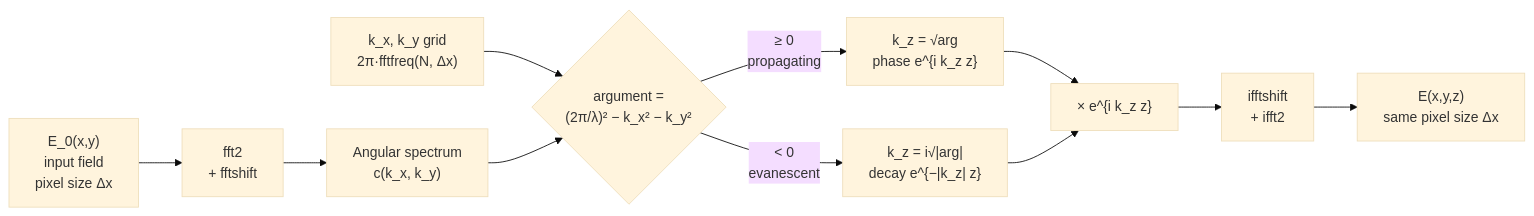
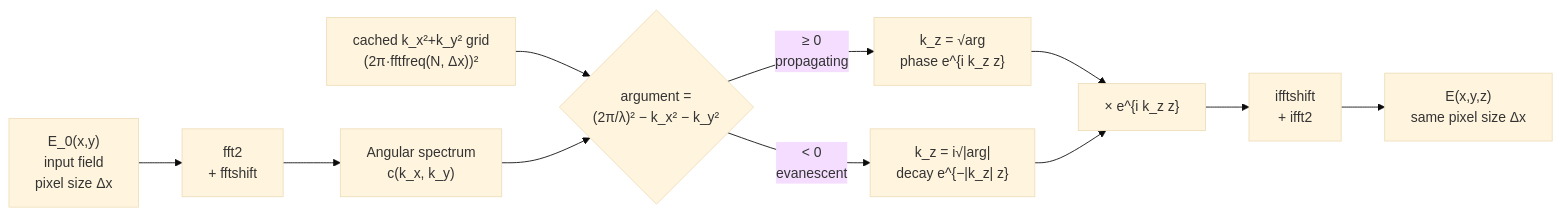
The first of 5 diagrams in PCI_Codebase/docs/propagators.md (wenfe/PCI_Codebase), drawn with Mermaid (base theme) before and after one commit. The commit also changed other lines of this file and 36 other files, not shown here.

````diff
--- a/PCI_Codebase/docs/propagators.md
+++ b/PCI_Codebase/docs/propagators.md
@@ -125,13 +163,13 @@
 ```mermaid
 flowchart LR
     E0["E_0(x,y)\ninput field\npixel size Δx"] --> FFT["fft2\n+ fftshift"]
     FFT --> AS["Angular spectrum\nc(k_x, k_y)"]
-    KX["k_x, k_y grid\n2π·fftfreq(N, Δx)"] --> DISP
+    KX["cached k_x²+k_y² grid\n(2π·fftfreq(N, Δx))²"] --> DISP
     AS --> DISP{"argument =\n(2π/λ)² − k_x² − k_y²"}
     DISP -->|"≥ 0\npropagating"| KZP["k_z = √arg\nphase e^{i k_z z}"]
     DISP -->|"< 0\nevanescent"| KZE["k_z = i√|arg|\ndecay e^{−|k_z| z}"]
     KZP --> TF["× e^{i k_z z}"]
     KZE --> TF
     TF --> IFFT["ifftshift\n+ ifft2"]
     IFFT --> EZ["E(x,y,z)\nsame pixel size Δx"]
 ```
````
